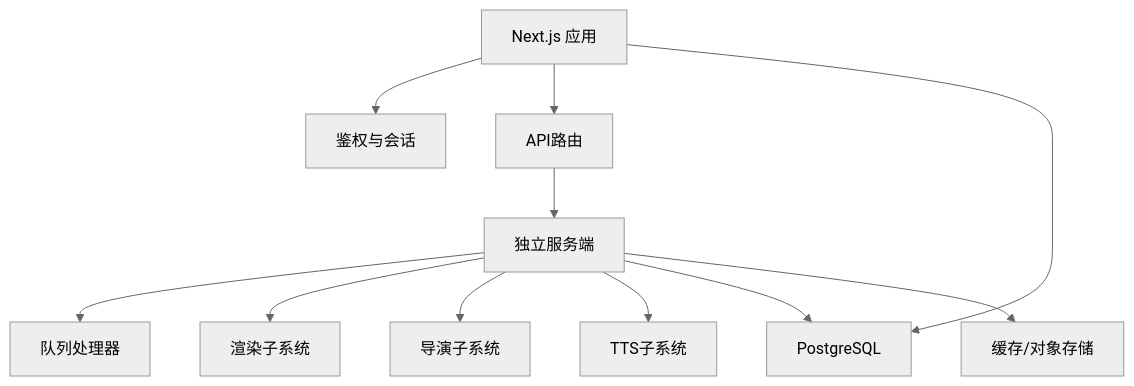
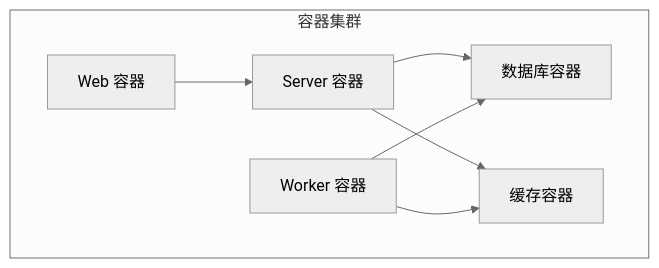
The eighth of 8 diagrams in .qoder/repowiki/zh/content/架构设计/系统架构概览.md (scottcwy/PurpleInk), drawn with Mermaid (neutral theme) before and after one commit. The commit also changed other lines of this file and 872 other files, not shown here.

````diff
--- a/.qoder/repowiki/zh/content/架构设计/系统架构概览.md
+++ b/.qoder/repowiki/zh/content/架构设计/系统架构概览.md
@@ -313,13 +384,15 @@
 ```mermaid
 graph TB
-Next["Next.js 应用"] --> Auth["鉴权与会话"]
-Next --> API["API路由"]
-API --> Svc["独立服务端"]
-Svc --> Queue["队列处理器"]
-Svc --> Render["渲染子系统"]
-Svc --> Director["导演子系统"]
-Svc --> TTS["TTS子系统"]
-Next --> DB["PostgreSQL"]
-Svc --> DB
-Svc --> Cache["缓存/对象存储"]
+subgraph "容器集群"
+Web["Web 容器"]
+Server["Server 容器"]
+Worker["Worker 容器"]
+DB["数据库容器"]
+Cache["缓存容器"]
+end
+Web --> Server
+Server --> DB
+Server --> Cache
+Worker --> DB
+Worker --> Cache
 ```
````
